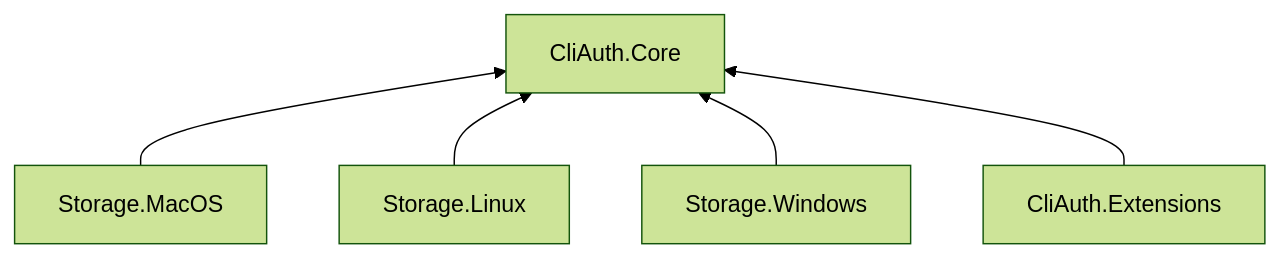
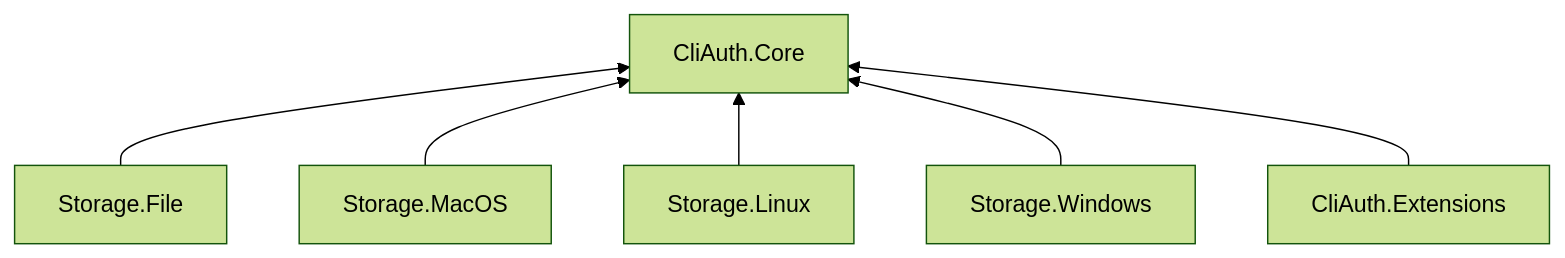
The diagram in ARCHITECTURE.md (bijecta/cli-auth), drawn with Mermaid (forest theme) before and after one commit. The commit also changed other lines of this file and 14 other files, not shown here.

````diff
--- a/ARCHITECTURE.md
+++ b/ARCHITECTURE.md
@@ -22,7 +22,8 @@
 ```mermaid
 flowchart BT
-    MacOS[Storage.MacOS] --> Core[CliAuth.Core]
+    FileStore[Storage.File] --> Core[CliAuth.Core]
+    MacOS[Storage.MacOS] --> Core
     Linux[Storage.Linux] --> Core
     Windows[Storage.Windows] --> Core
     Extensions[CliAuth.Extensions] --> Core
 ```
````
